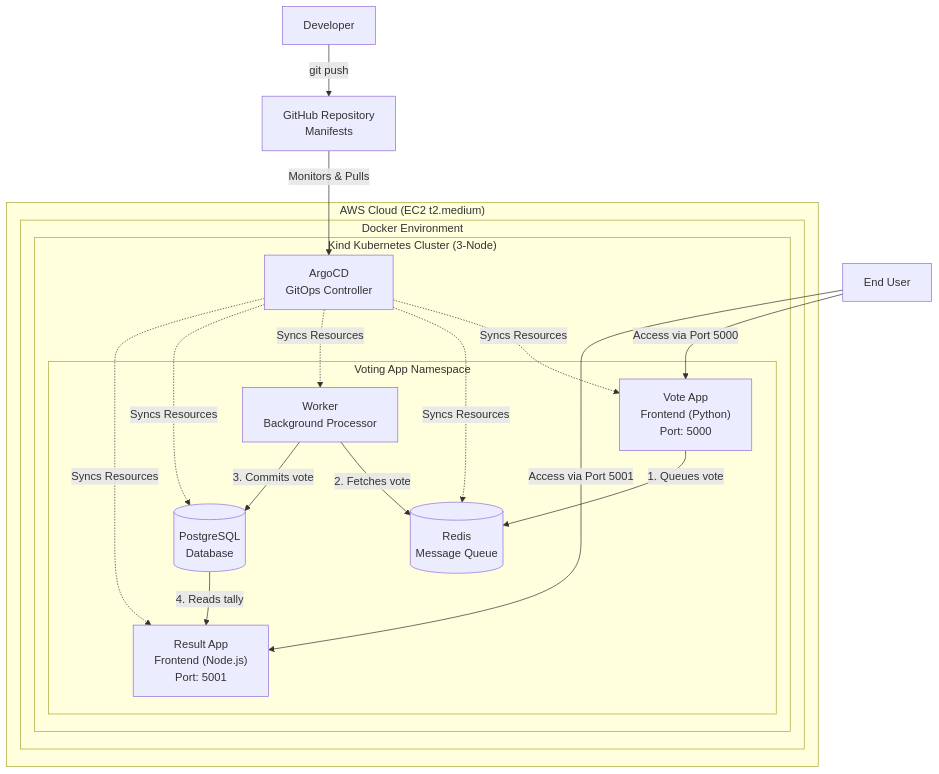
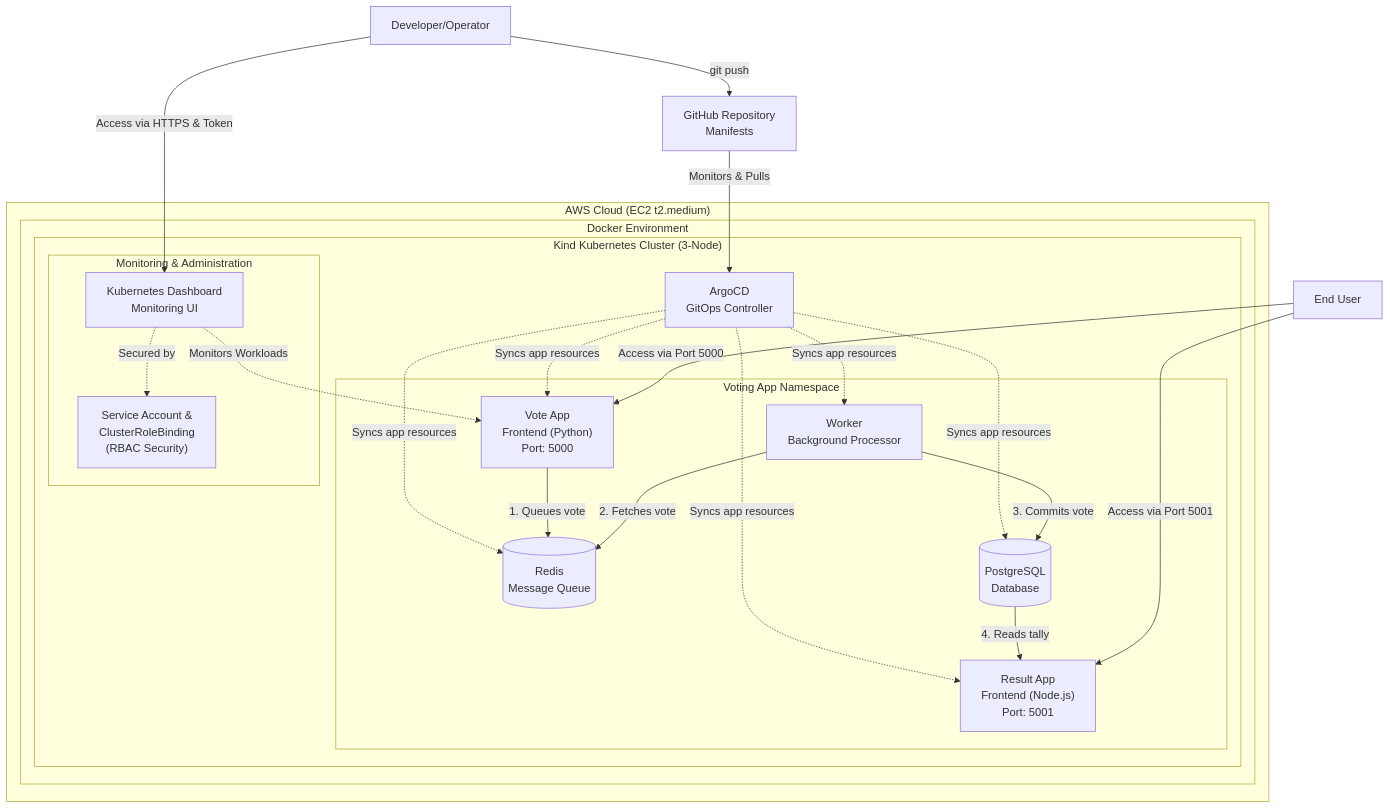
The diagram in README.md (rohannhere/voting-app-k8s-kind), drawn with Mermaid before and after one commit. The commit also changed other lines of this file, not shown here.

Commit message:
Enhance README with Kubernetes Dashboard and updates
Added Kubernetes Dashboard for monitoring and administration, updated tech stack details, and improved instructions for setting up Kind and ArgoCD.

````diff
--- a/README.md
+++ b/README.md
@@ -11,46 +11,57 @@
 ```mermaid
 graph TD
     %% Define External Entities
-    Dev[Developer]
+    Dev[Developer/Operator]
     Git["GitHub Repository <br/> Manifests"]
     User[End User]
 
     %% AWS Infrastructure
     subgraph "AWS Cloud (EC2 t2.medium)"
         subgraph "Docker Environment"
             subgraph "Kind Kubernetes Cluster (3-Node)"
-                
+
                 %% GitOps Tool
                 Argo["ArgoCD <br/> GitOps Controller"]
-                
+
                 %% Application Microservices
                 subgraph "Voting App Namespace"
                     Vote["Vote App <br/> Frontend (Python) <br/> Port: 5000"]
                     Redis[("Redis <br/> Message Queue")]
                     Worker["Worker <br/> Background Processor"]
                     DB[("PostgreSQL <br/> Database")]
                     Result["Result App <br/> Frontend (Node.js) <br/> Port: 5001"]
                 end
+
+                %% **Added Kubernetes Dashboard Monitoring**
+                subgraph "Monitoring & Administration"
+                    K8sDash["Kubernetes Dashboard <br/> Monitoring UI"]
+                    DashSec["Service Account & <br/> ClusterRoleBinding <br/> (RBAC Security)"]
+                end
             end
         end
     end
 
     %% GitOps Flow
     Dev -->|git push| Git
     Git -->|Monitors & Pulls| Argo
-    Argo -.->|Syncs Resources| Vote
-    Argo -.->|Syncs Resources| Redis
-    Argo -.->|Syncs Resources| Worker
-    Argo -.->|Syncs Resources| DB
-    Argo -.->|Syncs Resources| Result
+    Argo -.->|Syncs app resources| Vote
+    Argo -.->|Syncs app resources| Redis
+    Argo -.->|Syncs app resources| Worker
+    Argo -.->|Syncs app resources| DB
+    Argo -.->|Syncs app resources| Result
 
     %% App Traffic Flow
     Vote -->|1. Queues vote| Redis
     Worker -->|2. Fetches vote| Redis
     Worker -->|3. Commits vote| DB
     DB -->|4. Reads tally| Result
 
-    %% External Access
+    %% External Access for End User
     User -->|Access via Port 5000| Vote
     User -->|Access via Port 5001| Result
+
+    %% **Operator Access for Monitoring**
+    Dev -->|Access via HTTPS & Token| K8sDash
+    K8sDash -.->|Secured by| DashSec
+    K8sDash -.->|Monitors Workloads| Vote
 ```
````
